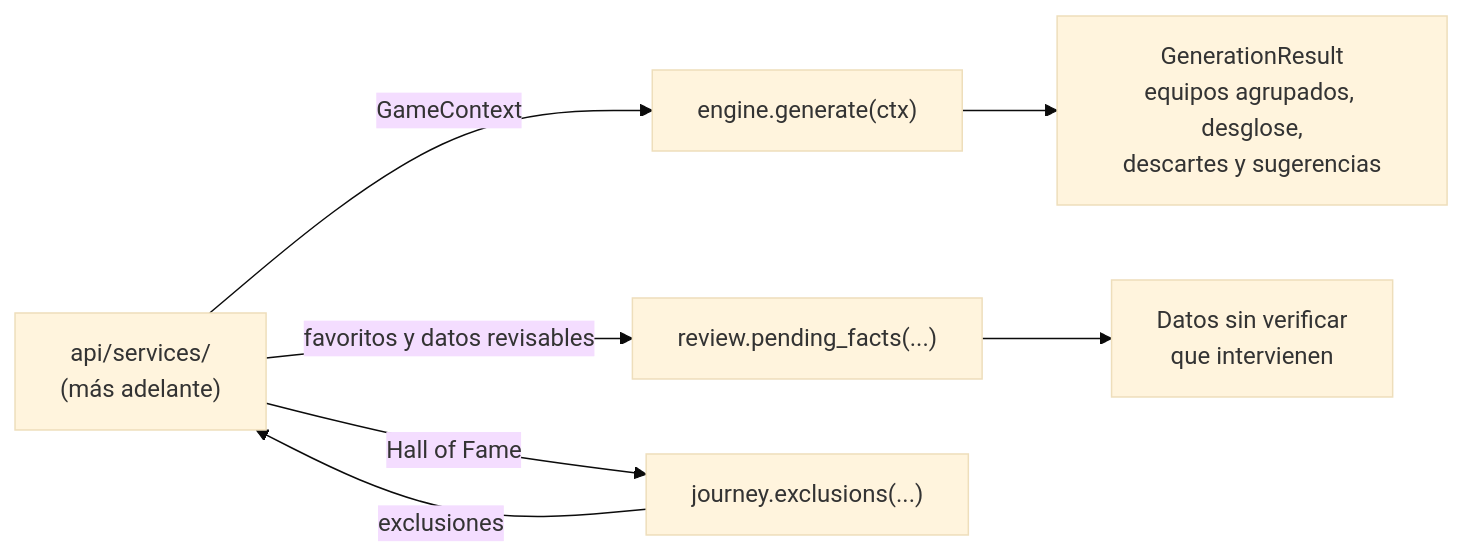
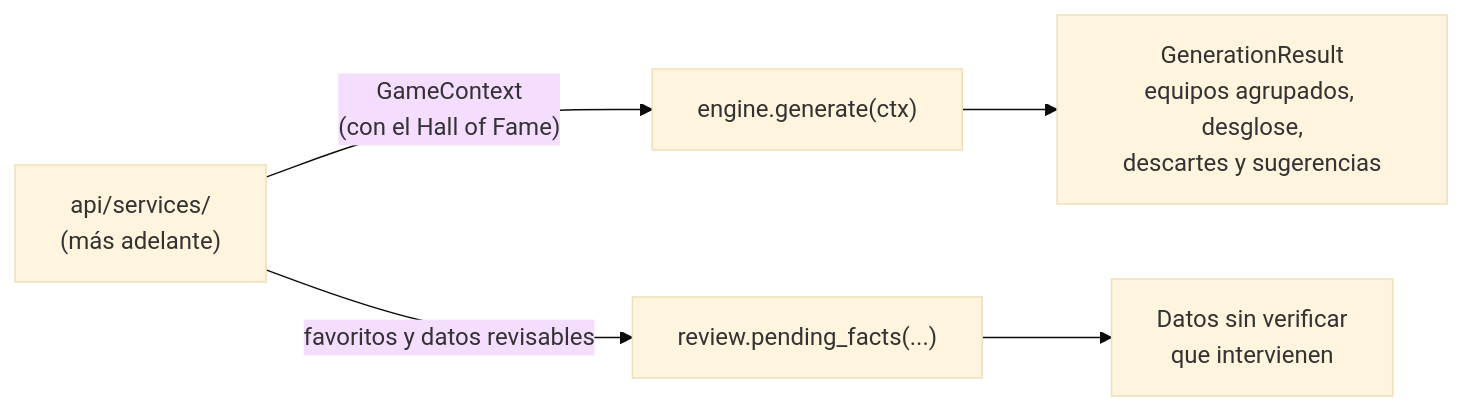
One commit to AlbertoMercado/pokemon-team-builder changed the first of 2 diagrams in docs/02-ddt/plan-motor.md. Above: the diagram before and after it, drawn with Mermaid (base theme). The commit also changed other lines of this file and 16 other files, not shown here.

````diff
--- a/docs/02-ddt/plan-motor.md
+++ b/docs/02-ddt/plan-motor.md
@@ -49,9 +50,7 @@
 ```mermaid
 flowchart LR
-    S["api/services/<br/>(más adelante)"] -- GameContext --> G["engine.generate(ctx)"]
+    S["api/services/<br/>(más adelante)"] -- "GameContext<br/>(con el Hall of Fame)" --> G["engine.generate(ctx)"]
     S -- "favoritos y datos revisables" --> R["review.pending_facts(...)"]
-    S -- "Hall of Fame" --> J["journey.exclusions(...)"]
-    J -- exclusiones --> S
     G --> Res["GenerationResult<br/>equipos agrupados, desglose,<br/>descartes y sugerencias"]
     R --> F["Datos sin verificar<br/>que intervienen"]
 ```
````
